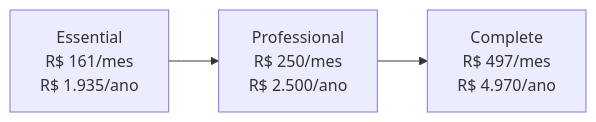
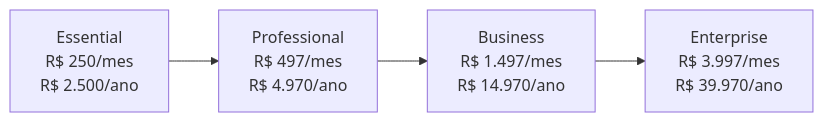
Before and after one commit to BooPixel/boopixel-strategy: the first of 3 diagrams in pricing.md, drawn with Mermaid. The commit also changed other lines of this file, not shown here.

````diff
--- a/pricing.md
+++ b/pricing.md
@@ -34,5 +34,6 @@
 ```mermaid
 graph LR
-    A[Essential<br>R$ 161/mes<br>R$ 1.935/ano] --> B[Professional<br>R$ 250/mes<br>R$ 2.500/ano]
-    B --> C[Complete<br>R$ 497/mes<br>R$ 4.970/ano]
+    A[Essential<br>R$ 250/mes<br>R$ 2.500/ano] --> B[Professional<br>R$ 497/mes<br>R$ 4.970/ano]
+    B --> C[Business<br>R$ 1.497/mes<br>R$ 14.970/ano]
+    C --> D[Enterprise<br>R$ 3.997/mes<br>R$ 39.970/ano]
 ```
````
